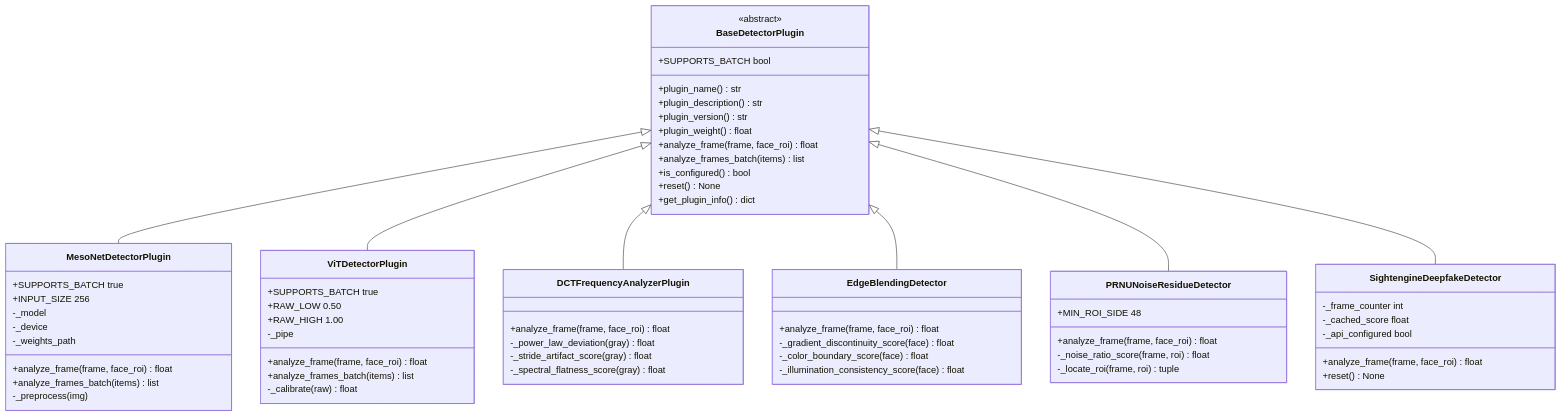
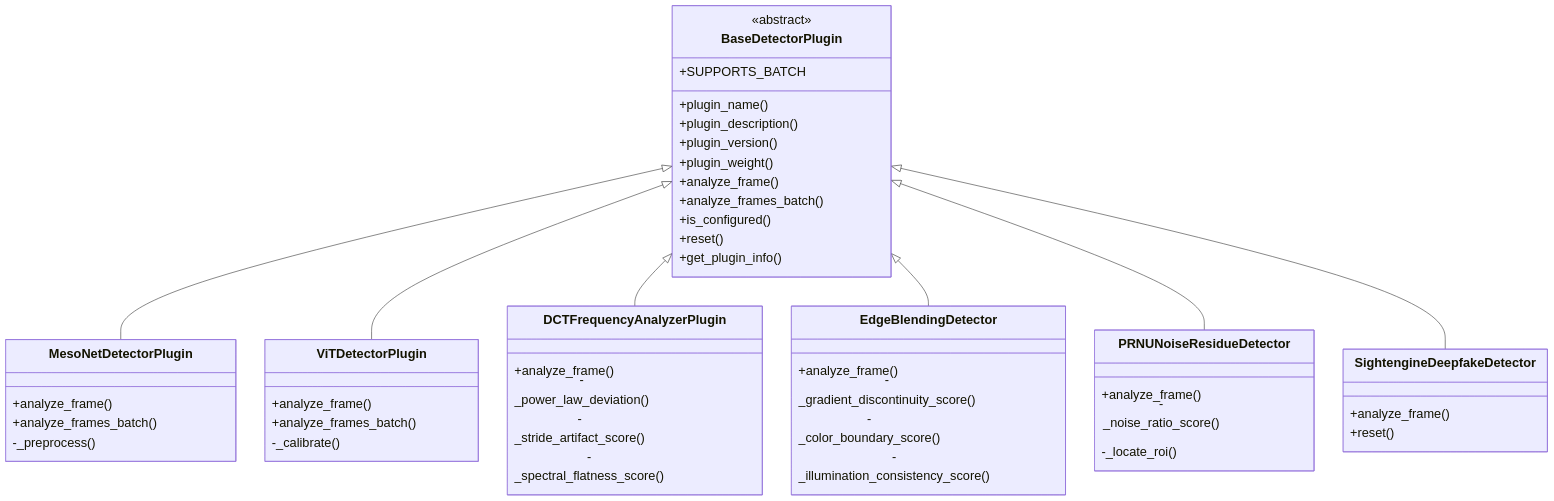
One commit to Americo05/DFForensics changed the first of 3 diagrams in docs/uml/04_class.md. Above: the diagram before and after it, drawn with Mermaid. The commit also changed other lines of this file and 8 other files, not shown here.

First line of the commit message:
docs: refresh README + regenerate UML diagrams with larger fonts

````diff
--- a/docs/uml/04_class.md
+++ b/docs/uml/04_class.md
@@ -13,73 +13,61 @@
 ```mermaid
+%%{init: {'themeVariables': {'fontSize': '22px', 'fontFamily': 'Inter, Arial, sans-serif'}}}%%
 classDiagram
     class BaseDetectorPlugin {
         <<abstract>>
-        +SUPPORTS_BATCH bool
-        +plugin_name() str
-        +plugin_description() str
-        +plugin_version() str
-        +plugin_weight() float
-        +analyze_frame(frame, face_roi) float
-        +analyze_frames_batch(items) list
-        +is_configured() bool
-        +reset() None
-        +get_plugin_info() dict
+        +SUPPORTS_BATCH
+        +plugin_name()
+        +plugin_description()
+        +plugin_version()
+        +plugin_weight()
+        +analyze_frame()
+        +analyze_frames_batch()
+        +is_configured()
+        +reset()
+        +get_plugin_info()
     }
 
     class MesoNetDetectorPlugin {
-        +SUPPORTS_BATCH true
-        +INPUT_SIZE 256
-        -_model
-        -_device
-        -_weights_path
-        +analyze_frame(frame, face_roi) float
-        +analyze_frames_batch(items) list
-        -_preprocess(img)
+        +analyze_frame()
+        +analyze_frames_batch()
+        -_preprocess()
     }
 
     class ViTDetectorPlugin {
-        +SUPPORTS_BATCH true
-        +RAW_LOW 0.50
-        +RAW_HIGH 1.00
-        -_pipe
-        +analyze_frame(frame, face_roi) float
-        +analyze_frames_batch(items) list
-        -_calibrate(raw) float
+        +analyze_frame()
+        +analyze_frames_batch()
+        -_calibrate()
     }
 
     class DCTFrequencyAnalyzerPlugin {
-        +analyze_frame(frame, face_roi) float
-        -_power_law_deviation(gray) float
-        -_stride_artifact_score(gray) float
-        -_spectral_flatness_score(gray) float
+        +analyze_frame()
+        -_power_law_deviation()
+        -_stride_artifact_score()
+        -_spectral_flatness_score()
     }
 
     class EdgeBlendingDetector {
-        +analyze_frame(frame, face_roi) float
-        -_gradient_discontinuity_score(face) float
-        -_color_boundary_score(face) float
-        -_illumination_consistency_score(face) float
+        +analyze_frame()
+        -_gradient_discontinuity_score()
+        -_color_boundary_score()
+        -_illumination_consistency_score()
     }
 
     class PRNUNoiseResidueDetector {
-        +MIN_ROI_SIDE 48
-        +analyze_frame(frame, face_roi) float
-        -_noise_ratio_score(frame, roi) float
-        -_locate_roi(frame, roi) tuple
+        +analyze_frame()
+        -_noise_ratio_score()
+        -_locate_roi()
     }
 
     class SightengineDeepfakeDetector {
-        -_frame_counter int
-        -_cached_score float
-        -_api_configured bool
-        +analyze_frame(frame, face_roi) float
-        +reset() None
+        +analyze_frame()
+        +reset()
     }
 
     BaseDetectorPlugin <|-- MesoNetDetectorPlugin
     BaseDetectorPlugin <|-- ViTDetectorPlugin
     BaseDetectorPlugin <|-- DCTFrequencyAnalyzerPlugin
     BaseDetectorPlugin <|-- EdgeBlendingDetector
     BaseDetectorPlugin <|-- PRNUNoiseResidueDetector
     BaseDetectorPlugin <|-- SightengineDeepfakeDetector
 ```
````
